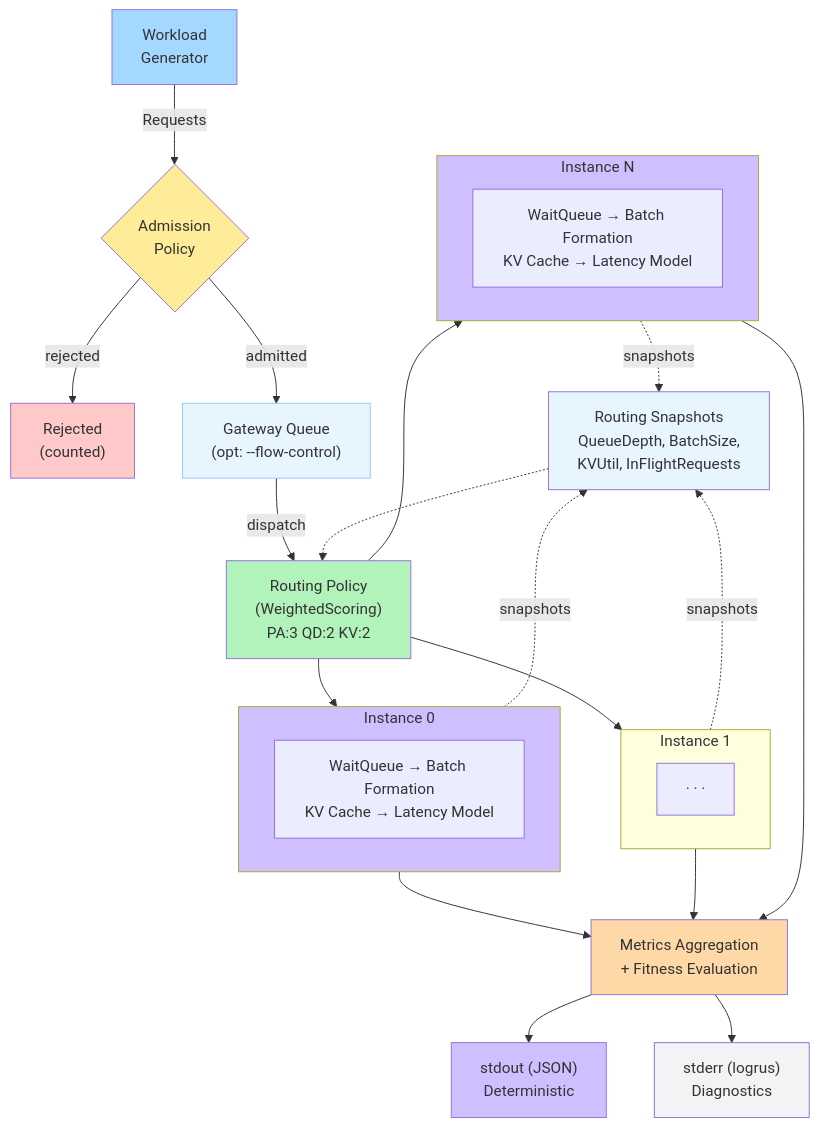
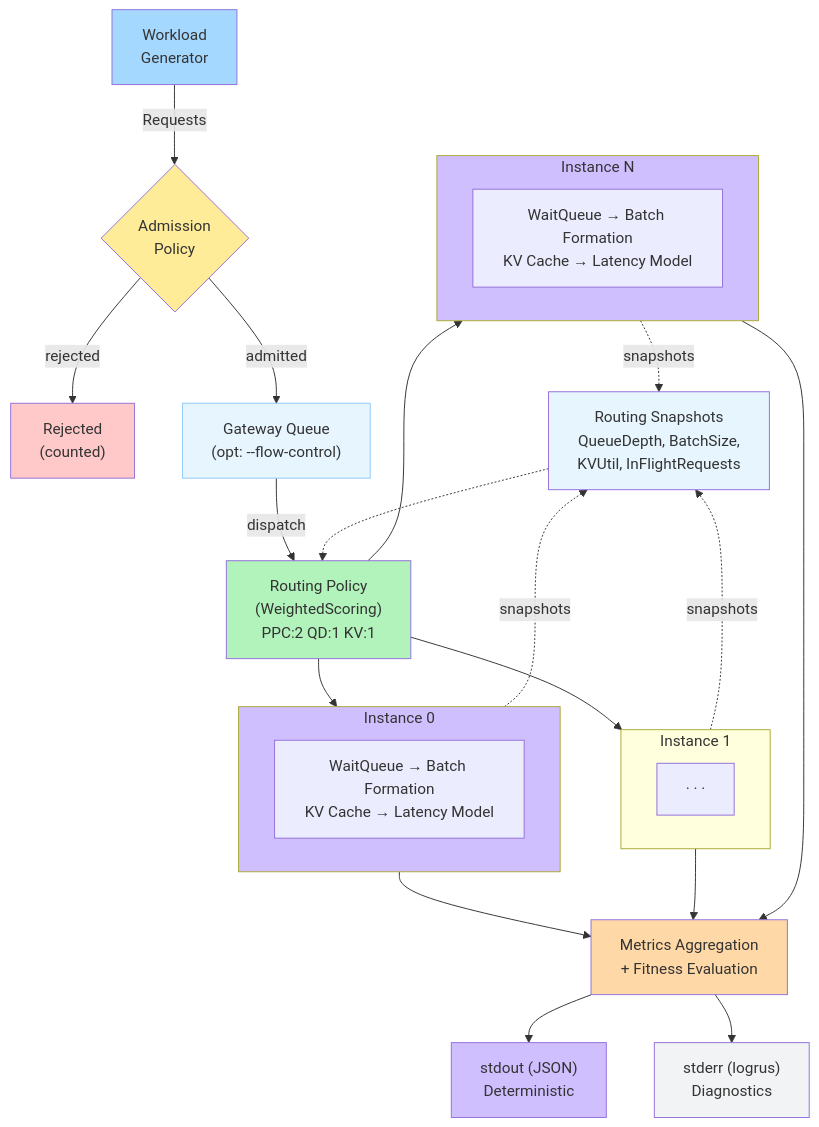
The first of 3 diagrams in docs/concepts/architecture.md (inference-sim/inference-sim), drawn with Mermaid before and after one commit. The commit also changed other lines of this file and 17 other files, not shown here.

````diff
--- a/docs/concepts/architecture.md
+++ b/docs/concepts/architecture.md
@@ -11,49 +11,49 @@
 ```mermaid
 flowchart TD
     WG["Workload<br/>Generator"] -->|Requests| Adm{"Admission<br/>Policy"}
     Adm -->|rejected| Rej["Rejected<br/>(counted)"]
     Adm -->|admitted| GQ["Gateway Queue<br/>(opt: --flow-control)"]
-    GQ -->|dispatch| Rtr["Routing Policy<br/>(WeightedScoring)<br/>PA:3 QD:2 KV:2"]
+    GQ -->|dispatch| Rtr["Routing Policy<br/>(WeightedScoring)<br/>PPC:2 QD:1 KV:1"]
 
     style GQ fill:#e7f5ff,stroke:#90caf9
 
     Snap["Routing Snapshots<br/>QueueDepth, BatchSize,<br/>KVUtil, InFlightRequests"] -.-> Rtr
 
     Rtr --> I0
     Rtr --> I1
     Rtr --> IN
 
     subgraph I0 ["Instance 0"]
         I0WQ["WaitQueue → Batch Formation<br/>KV Cache → Latency Model"]
     end
 
     subgraph I1 ["Instance 1"]
         I1Int[" · · · "]
     end
 
     subgraph IN ["Instance N"]
         INInt["WaitQueue → Batch Formation<br/>KV Cache → Latency Model"]
     end
 
     I0 -.->|snapshots| Snap
     I1 -.->|snapshots| Snap
     IN -.->|snapshots| Snap
 
     I0 --> Met["Metrics Aggregation<br/>+ Fitness Evaluation"]
     I1 --> Met
     IN --> Met
 
     Met --> Out1["stdout (JSON)<br/>Deterministic"]
     Met --> Out2["stderr (logrus)<br/>Diagnostics"]
 
     style WG fill:#a5d8ff
     style Adm fill:#ffec99
     style Rej fill:#ffc9c9
     style Rtr fill:#b2f2bb
     style Snap fill:#e7f5ff
     style I0 fill:#d0bfff
     style IN fill:#d0bfff
     style Met fill:#ffd8a8
     style Out1 fill:#d0bfff
     style Out2 fill:#f1f3f5
 ```
````
